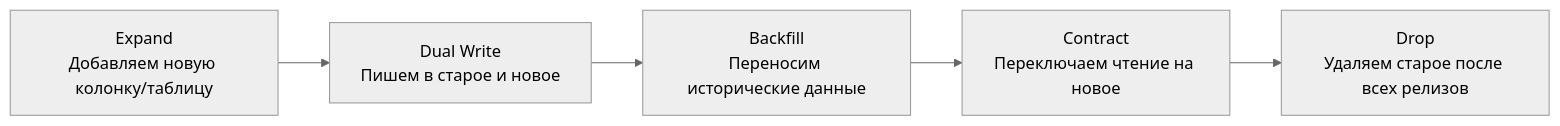
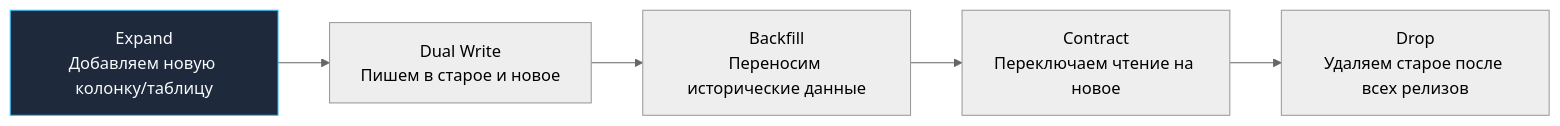
The second of 2 diagrams in sources/12. Базы данных/10. Практика и архитектура/4. Миграции базы данных.md (UnrealTemplier/go-textbook), drawn with Mermaid (neutral theme) before and after one commit. The commit also changed other lines of this file and 1666 other files, not shown here.

First line of the commit message:
feat(mermaid): add semantic color classDef to 1369 colorless flowchart/graph diagrams

````diff
--- a/sources/12. Базы данных/10. Практика и архитектура/4. Миграции базы данных.md
+++ b/sources/12. Базы данных/10. Практика и архитектура/4. Миграции базы данных.md
@@ -196,7 +206,17 @@
 ```mermaid
 flowchart LR
-    Phase1["Expand<br>Добавляем новую колонку/таблицу"] --> Phase2["Dual Write<br>Пишем в старое и новое"]
+    classDef process  fill:#1e293b,stroke:#38bdf8,stroke-width:1px,color:#f8fafc
+    classDef success  fill:#064e3b,stroke:#34d399,stroke-width:1px,color:#f8fafc
+    classDef error    fill:#7f1d1d,stroke:#f87171,stroke-width:1px,color:#f8fafc
+    classDef warning  fill:#78350f,stroke:#fbbf24,stroke-width:1px,color:#f8fafc
+    classDef entry    fill:#1e3a5f,stroke:#38bdf8,stroke-width:2px,color:#f8fafc
+    classDef aux      fill:#334155,stroke:#64748b,stroke-width:1px,color:#f8fafc
+    classDef system   fill:#312e81,stroke:#a78bfa,stroke-width:1px,color:#f8fafc
+    classDef data     fill:#132d29,stroke:#2dd4bf,stroke-width:1px,color:#f8fafc
+    classDef network  fill:#881337,stroke:#fb7185,stroke-width:1px,color:#f8fafc
+    classDef accent   fill:#1e1b4b,stroke:#818cf8,stroke-width:1px,color:#f8fafc
+    Phase1["Expand<br>Добавляем новую колонку/таблицу"]:::process --> Phase2["Dual Write<br>Пишем в старое и новое"]
     Phase2 --> Phase3["Backfill<br>Переносим исторические данные"]
     Phase3 --> Phase4["Contract<br>Переключаем чтение на новое"]
     Phase4 --> Phase5["Drop<br>Удаляем старое после всех релизов"]
 ```
````
